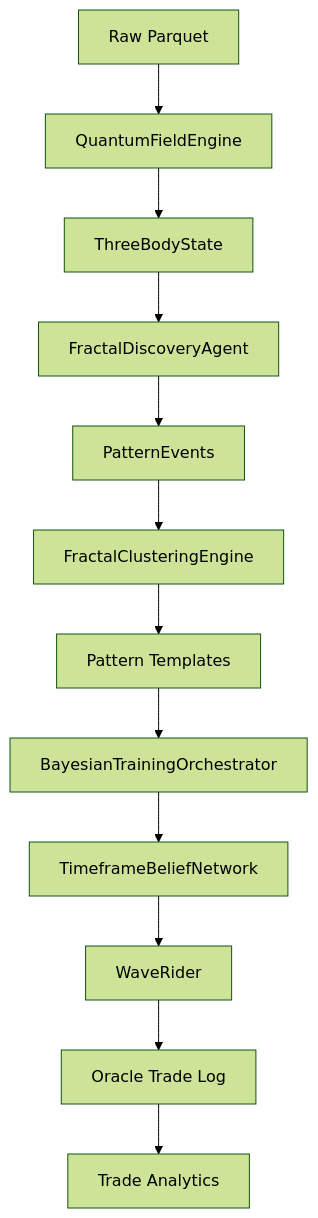
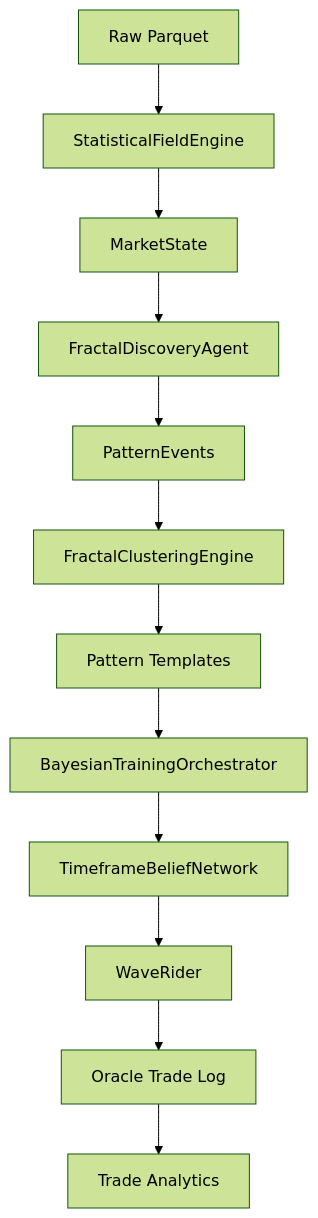
One commit to reyses/Bayesian-AI changed the diagram in docs/ARCHITECTURE.md. Above: the diagram before and after it, drawn with Mermaid (forest theme). The commit also changed other lines of this file and 2 other files, not shown here.

````diff
--- a/docs/ARCHITECTURE.md
+++ b/docs/ARCHITECTURE.md
@@ -59,14 +59,14 @@
 ```mermaid
 graph TD
-    A[Raw Parquet] --> B[QuantumFieldEngine]
-    B --> C[ThreeBodyState]
+    A[Raw Parquet] --> B[StatisticalFieldEngine]
+    B --> C[MarketState]
     C --> D[FractalDiscoveryAgent]
     D --> E[PatternEvents]
     E --> F[FractalClusteringEngine]
     F --> G[Pattern Templates]
     G --> H[BayesianTrainingOrchestrator]
     H --> I[TimeframeBeliefNetwork]
     I --> J[WaveRider]
     J --> K[Oracle Trade Log]
     K --> L[Trade Analytics]
 ```
````
